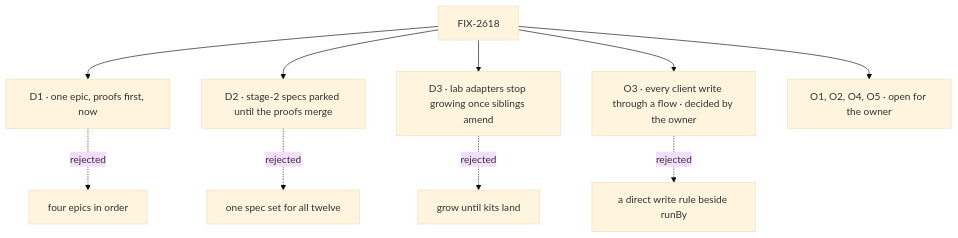
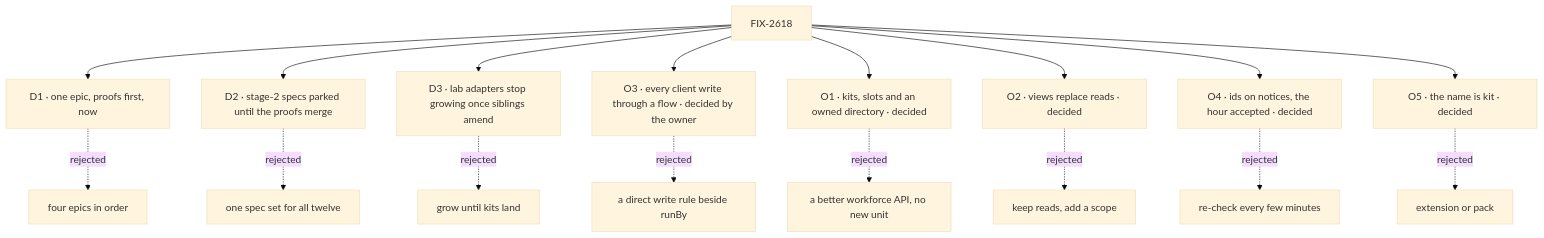
The diagram in specs/epics/FIX-2618/DECISIONS.md (fixpoint-labs/flow-state-dev), drawn with Mermaid (base theme) before and after one commit. The commit also changed other lines of this file and 20 other files, not shown here.

First line of the commit message:
spec(FIX-2618): record the owner's decisions on O1, O2, O4, O5 and ER-8; amend FIX-2619 and FIX-2622

````diff
--- a/specs/epics/FIX-2618/DECISIONS.md
+++ b/specs/epics/FIX-2618/DECISIONS.md
@@ -12,12 +12,19 @@
 ```mermaid
 flowchart TD
   E["FIX-2618"] --> D1["D1 · one epic, proofs first, now"]
   D1 -.->|"rejected"| X1["four epics in order"]
   E --> D2["D2 · stage-2 specs parked until the proofs merge"]
   D2 -.->|"rejected"| X2["one spec set for all twelve"]
   E --> D3["D3 · lab adapters stop growing once siblings amend"]
   D3 -.->|"rejected"| X3["grow until kits land"]
   E --> O3["O3 · every client write through a flow · decided by the owner"]
   O3 -.->|"rejected"| X4["a direct write rule beside runBy"]
-  E --> O["O1, O2, O4, O5 · open for the owner"]
+  E --> O1["O1 · kits, slots and an owned directory · decided"]
+  O1 -.->|"rejected"| X5["a better workforce API, no new unit"]
+  E --> O2["O2 · views replace reads · decided"]
+  O2 -.->|"rejected"| X6["keep reads, add a scope"]
+  E --> O4["O4 · ids on notices, the hour accepted · decided"]
+  O4 -.->|"rejected"| X7["re-check every few minutes"]
+  E --> O5["O5 · the name is kit · decided"]
+  O5 -.->|"rejected"| X8["extension or pack"]
 ```
````
